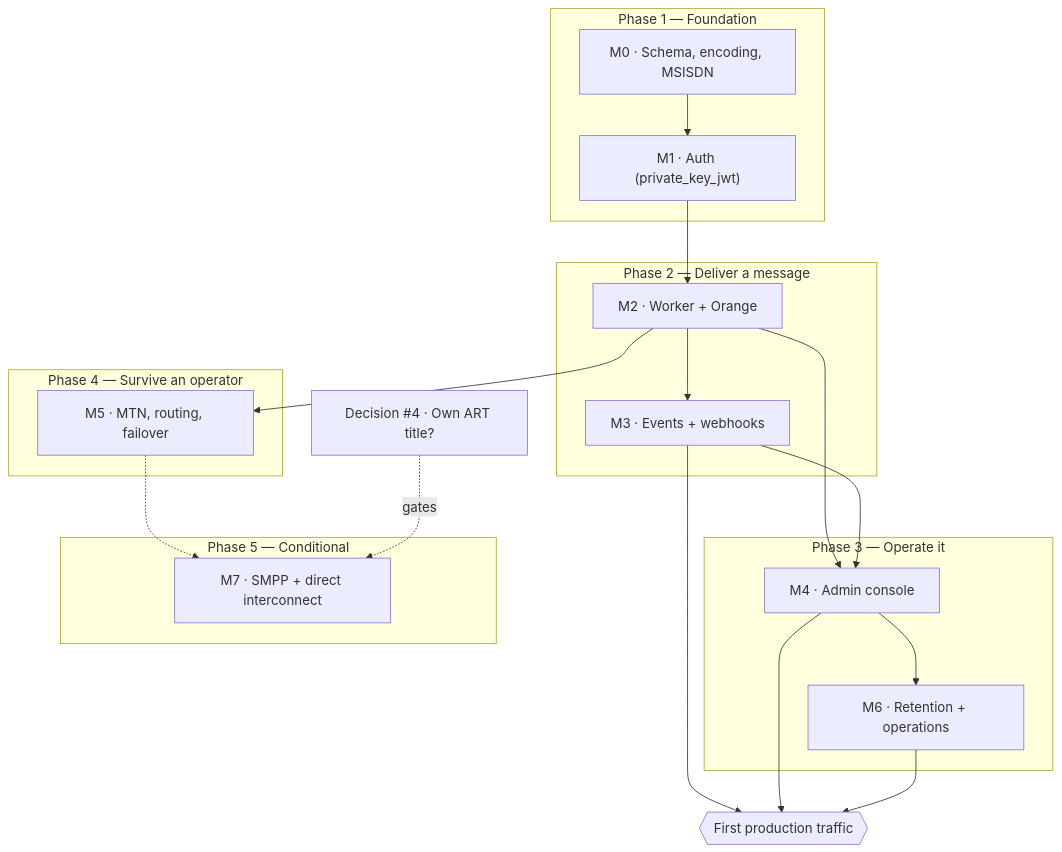
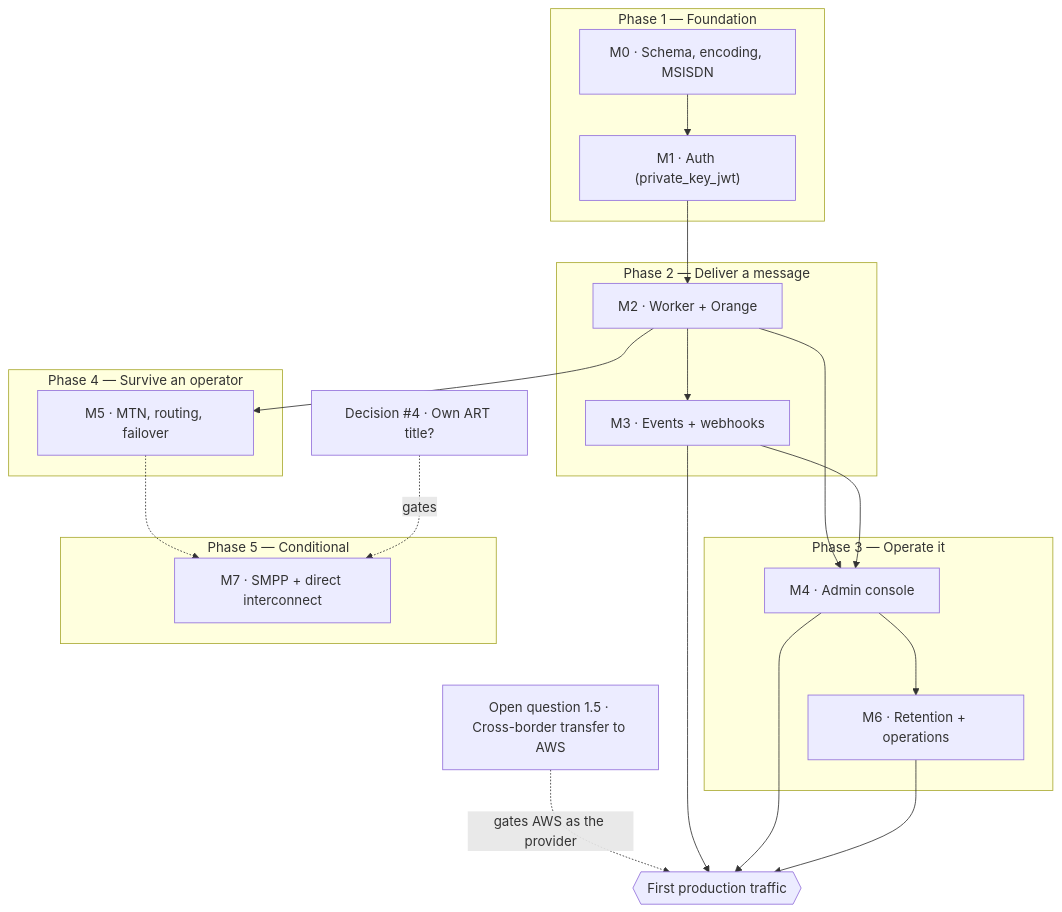
Before and after one commit to vaam-apps/vsms: the diagram in docs/roadmap.md, drawn with Mermaid. The commit also changed other lines of this file and 6 other files, not shown here.

First line of the commit message:
docs: AWS provider decisions, callback hook, cross-border blocker

````diff
--- a/docs/roadmap.md
+++ b/docs/roadmap.md
@@ -18,41 +18,43 @@
 ```mermaid
 flowchart TB
     subgraph P1["Phase 1 — Foundation"]
         M0["M0 · Schema, encoding, MSISDN"]
         M1["M1 · Auth (private_key_jwt)"]
     end
 
     subgraph P2["Phase 2 — Deliver a message"]
         M2["M2 · Worker + Orange"]
         M3["M3 · Events + webhooks"]
     end
 
     subgraph P3["Phase 3 — Operate it"]
         M4["M4 · Admin console"]
         M6["M6 · Retention + operations"]
     end
 
     subgraph P4["Phase 4 — Survive an operator"]
         M5["M5 · MTN, routing, failover"]
     end
 
     subgraph P5["Phase 5 — Conditional"]
         M7["M7 · SMPP + direct interconnect"]
     end
 
     M0 --> M1 --> M2 --> M3
     M2 --> M4
     M3 --> M4
     M2 --> M5
     M4 --> M6
     M5 -.-> M7
 
     D4["Decision #4 · Own ART title?"]
+    D5["Open question 1.5 · Cross-border transfer to AWS"]
 
     D4 -.gates.-> M7
+    D5 -.gates AWS as the provider.-> PROD
 
     PROD{{"First production traffic"}}
     M3 --> PROD
     M4 --> PROD
     M6 --> PROD
 ```
````
